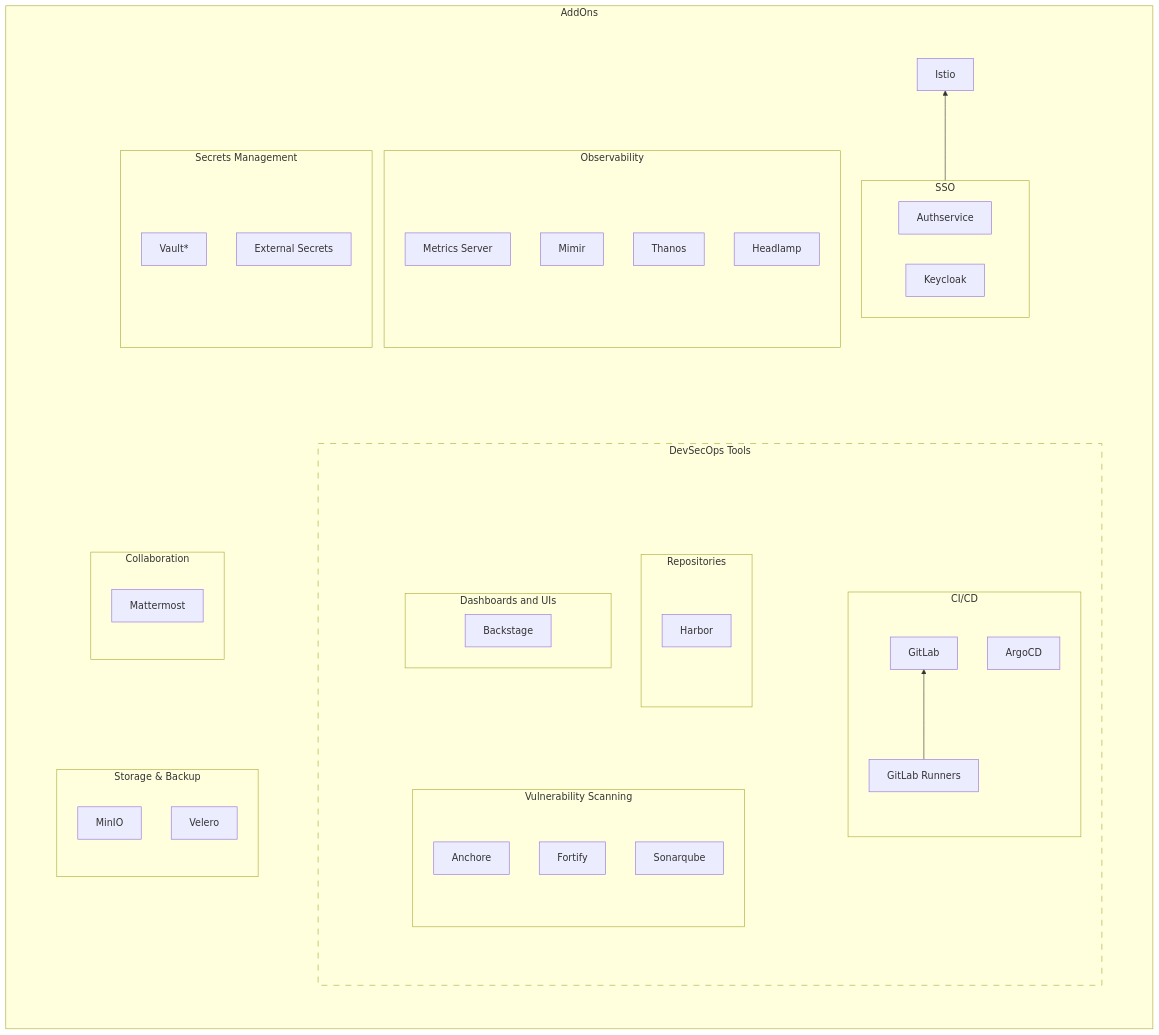
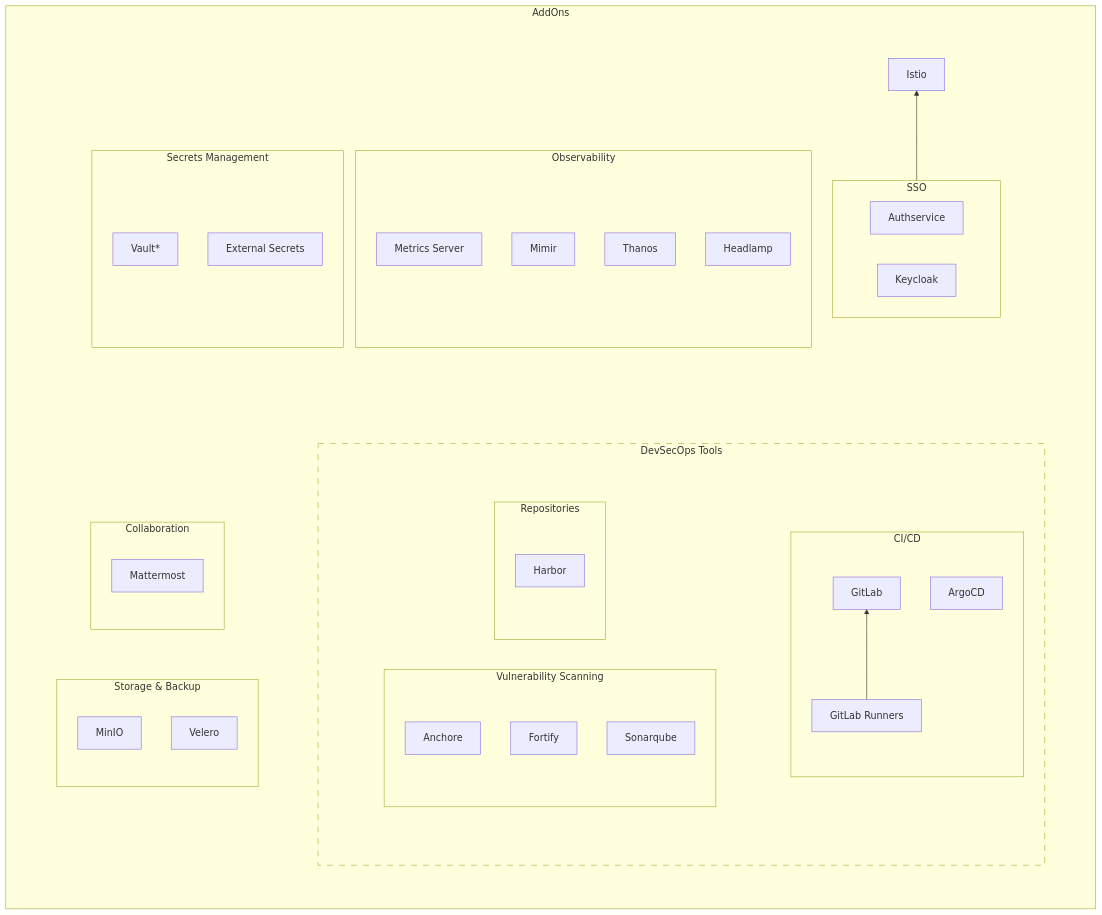
Before and after one commit to DoD-Platform-One/bigbang: the second of 2 diagrams in docs/packages/categorization.md, drawn with Mermaid. The commit also changed other lines of this file and 26 other files, not shown here.

Commit message:
remove backstage package from docs, chart and test values

```diff
--- a/docs/packages/categorization.md
+++ b/docs/packages/categorization.md
@@ -136,16 +136,9 @@
             Sonarqube
           end
 
-          subgraph DT-2[ ]
-          style DT-2 fill:transparent,stroke:transparent
+          subgraph Repo[Repositories]
           direction BT
-            subgraph Repo[Repositories]
-            direction BT
-              Harbor
-            end
-            subgraph UI[Dashboards and UIs]
-              Backstage
-            end
+            Harbor
           end
 
         end
```
